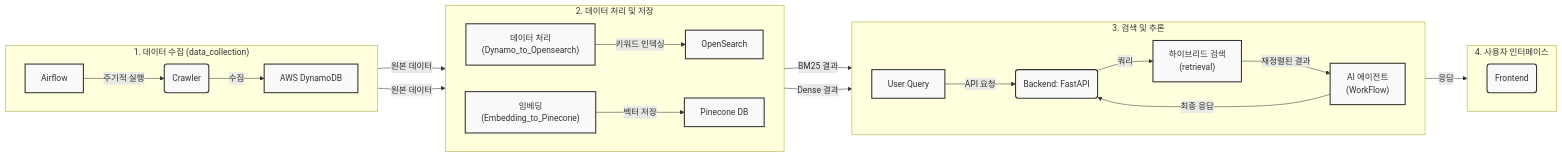
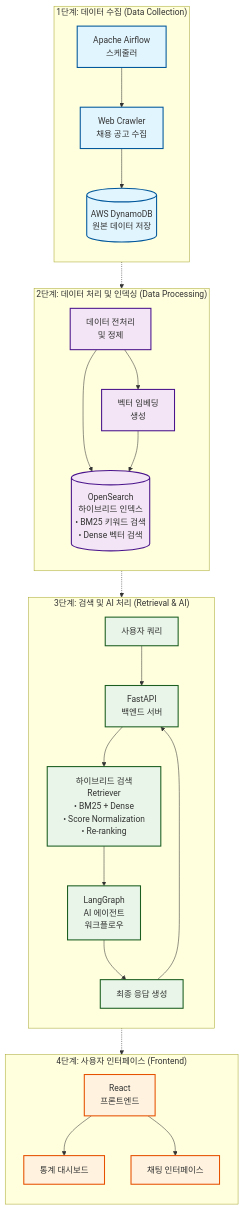
One commit to statjhw/MangMangDae-AI changed the diagram in README.md. Above: the diagram before and after it, drawn with Mermaid. The commit also changed other lines of this file and 3 other files, not shown here.

````diff
--- a/README.md
+++ b/README.md
@@ -56,33 +70,64 @@
 ```mermaid
-graph LR
-    subgraph "1. 데이터 수집 (data_collection)"
-        direction LR
-        A[Airflow] -- 주기적 실행 --> B(Crawler);
-        B -- 수집 --> C[AWS DynamoDB];
+graph TB
+    %% 1. 데이터 수집 레이어
+    subgraph "1단계: 데이터 수집 (Data Collection)"
+        direction TB
+        A[Apache Airflow<br/>스케줄러] --> B[Web Crawler<br/>채용 공고 수집]
+        B --> C[(AWS DynamoDB<br/>원본 데이터 저장)]
     end
 
-    subgraph "2. 데이터 처리 및 저장"
-        direction LR
-        C -- 원본 데이터 --> D["데이터 처리<br>(Dynamo_to_Opensearch)"];
-        D -- 키워드 인덱싱 --> E[OpenSearch];
-        C -- 원본 데이터 --> F["임베딩<br>(Embedding_to_Pinecone)"];
-        F -- 벡터 저장 --> G[Pinecone DB];
+    %% 2. 데이터 처리 레이어
+    subgraph "2단계: 데이터 처리 및 인덱싱 (Data Processing)"
+        direction TB
+        D[데이터 전처리<br/>및 정제]
+        E[벡터 임베딩<br/>생성]
+        F[(OpenSearch<br/>하이브리드 인덱스<br/>• BM25 키워드 검색<br/>• Dense 벡터 검색)]
+        
+        D --> E
+        D --> F
+        E --> F
     end
 
-    subgraph "3. 검색 및 추론"
-        direction LR
-        H[User Query] -- API 요청 --> I(Backend: FastAPI);
-        I -- 쿼리 --> J["하이브리드 검색<br>(retrieval)"];
-        E -- BM25 결과 --> J;
-        G -- Dense 결과 --> J;
-        J -- 재정렬된 결과 --> K["AI 에이전트<br>(WorkFlow)"];
-        K -- 최종 응답 --> I;
+    %% 3. 검색 및 AI 처리 레이어
+    subgraph "3단계: 검색 및 AI 처리 (Retrieval & AI)"
+        direction TB
+        H[사용자 쿼리]
+        I[FastAPI<br/>백엔드 서버]
+        J[하이브리드 검색<br/>Retriever<br/>• BM25 + Dense<br/>• Score Normalization<br/>• Re-ranking]
+        K[LangGraph<br/>AI 에이전트<br/>워크플로우]
+        L[최종 응답 생성]
+        
+        H --> I
+        I --> J
+        J --> K
+        K --> L
+        L --> I
     end
 
-    subgraph "4. 사용자 인터페이스"
-        direction LR
-        I -- 응답 --> L(Frontend);
+    %% 4. 사용자 인터페이스 레이어
+    subgraph "4단계: 사용자 인터페이스 (Frontend)"
+        direction TB
+        M[React<br/>프론트엔드]
+        N[통계 대시보드]
+        O[채팅 인터페이스]
+        
+        M --> N
+        M --> O
     end
 
-    classDef default fill:#f9f9f9,stroke:#333,stroke-width:2px;
+    %% 데이터 플로우 연결
+    C -.-> D
+    F -.-> J
+    I -.-> M
+
+    %% 스타일링
+    classDef collection fill:#e1f5fe,stroke:#01579b,stroke-width:2px
+    classDef processing fill:#f3e5f5,stroke:#4a148c,stroke-width:2px
+    classDef ai fill:#e8f5e8,stroke:#1b5e20,stroke-width:2px
+    classDef frontend fill:#fff3e0,stroke:#e65100,stroke-width:2px
+
+    class A,B,C collection
+    class D,E,F processing
+    class H,I,J,K,L ai
+    class M,N,O frontend
 ```
````
